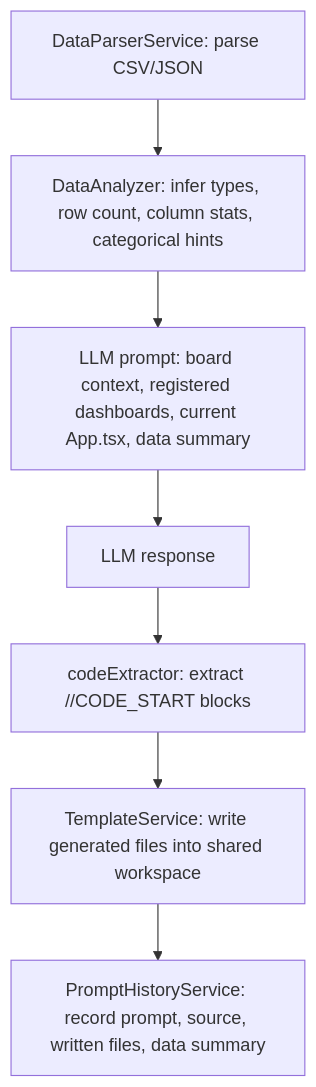
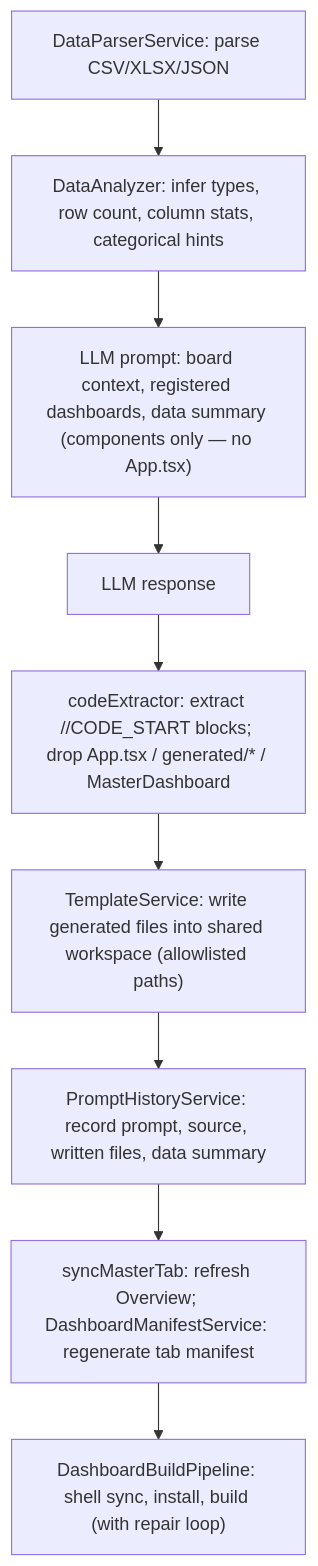
The sixth of 7 diagrams in arch.md (syedateebulislam/openboard), drawn with Mermaid before and after one commit. The commit also changed other lines of this file and 3 other files, not shown here.

First line of the commit message:
docs: refresh all docs to v1.5.2 architecture, features, and UX

````diff
--- a/arch.md
+++ b/arch.md
@@ -297,9 +345,11 @@
 ```mermaid
 flowchart TD
-    A["DataParserService: parse CSV/JSON"] --> B["DataAnalyzer: infer types, row count, column stats, categorical hints"]
-    B --> C["LLM prompt: board context, registered dashboards, current App.tsx, data summary"]
+    A["DataParserService: parse CSV/XLSX/JSON"] --> B["DataAnalyzer: infer types, row count, column stats, categorical hints"]
+    B --> C["LLM prompt: board context, registered dashboards, data summary (components only — no App.tsx)"]
     C --> D[LLM response]
-    D --> E["codeExtractor: extract //CODE_START blocks"]
-    E --> F["TemplateService: write generated files into shared workspace"]
+    D --> E["codeExtractor: extract //CODE_START blocks; drop App.tsx / generated/* / MasterDashboard"]
+    E --> F["TemplateService: write generated files into shared workspace (allowlisted paths)"]
     F --> G["PromptHistoryService: record prompt, source, written files, data summary"]
+    G --> H["syncMasterTab: refresh Overview; DashboardManifestService: regenerate tab manifest"]
+    H --> I["DashboardBuildPipeline: shell sync, install, build (with repair loop)"]
 ```
````
